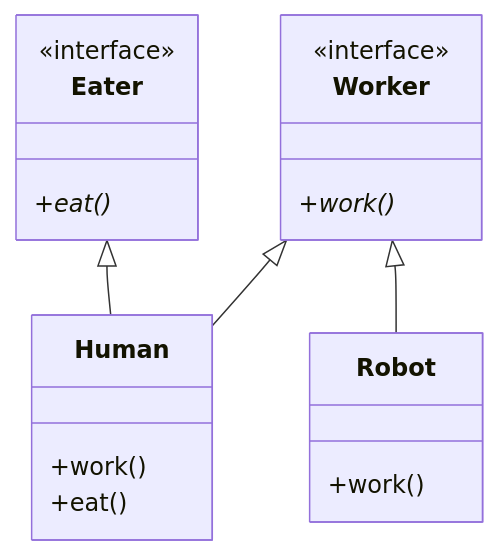
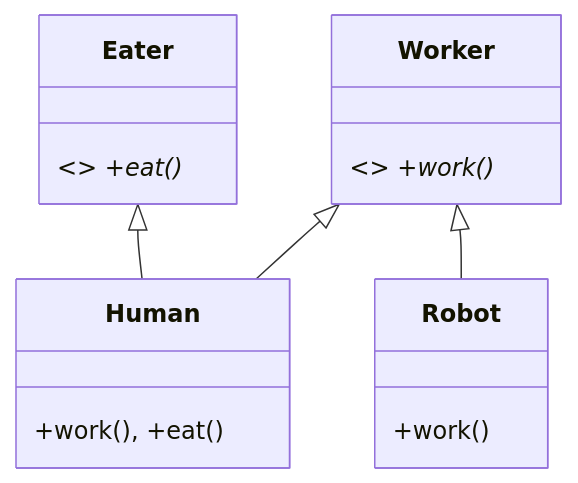
The fourth of 22 diagrams in readme.md (divyap271/systemDesign), drawn with Mermaid before and after one commit. The commit also changed other lines of this file, not shown here.

````diff
--- a/readme.md
+++ b/readme.md
@@ -63,21 +75,10 @@
 ```mermaid
 classDiagram
-    class Worker {
-        <<interface>>
-        +work()*
-    }
-    class Eater {
-        <<interface>>
-        +eat()*
-    }
-    class Human {
-        +work()
-        +eat()
-    }
-    class Robot {
-        +work()
-    }
+    class Worker { <<interface>> +work()* }
+    class Eater { <<interface>> +eat()* }
+    class Human { +work(), +eat() }
+    class Robot { +work() }
     Worker <|-- Human
     Eater <|-- Human
     Worker <|-- Robot
 ```
````
